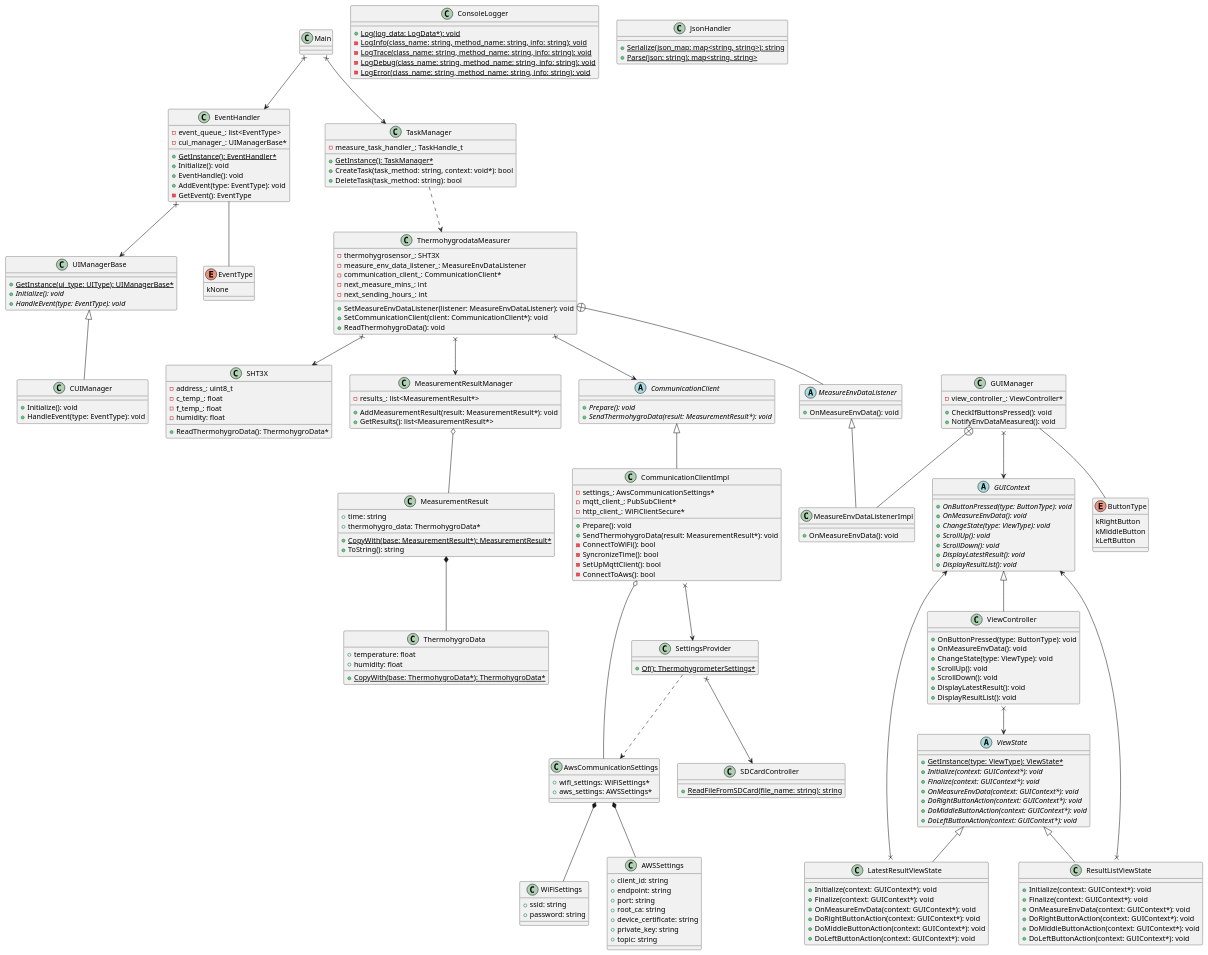
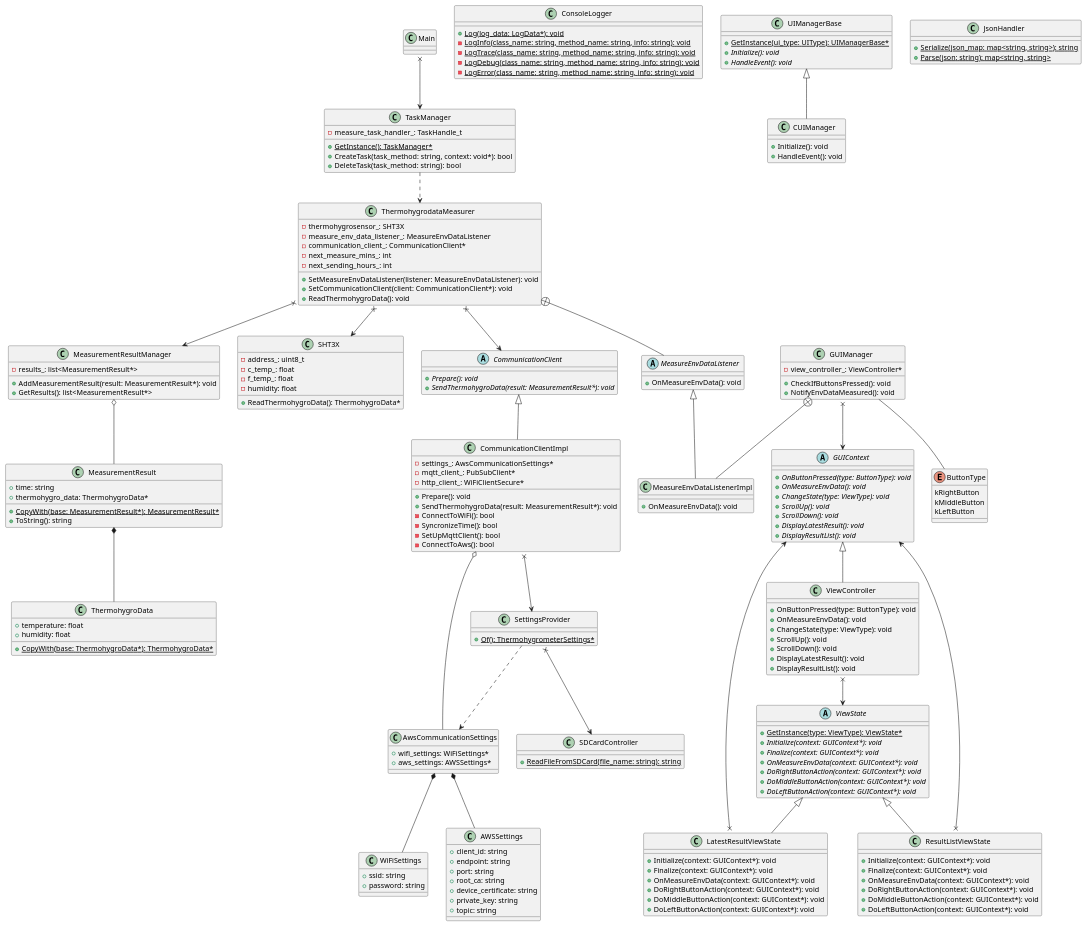
One commit to chukeblo/thermohygrometer changed the diagram in DesignDocs/M5StackThermohygrometer/class_diagram.pu. Above: the diagram before and after it, drawn with PlantUML.

Commit message:
delete event handler & event type

```diff
--- a/DesignDocs/M5StackThermohygrometer/class_diagram.pu
+++ b/DesignDocs/M5StackThermohygrometer/class_diagram.pu
@@ -1,25 +1,6 @@
 @startuml class diagram
 
-Main x--> EventHandler
 Main x--> TaskManager
-
-class EventHandler {
-    - event_queue_: list<EventType>
-    - cui_manager_: UIManagerBase*
-
-    + {static} GetInstance(): EventHandler*
-    + Initialize(): void
-    + EventHandle(): void
-    + AddEvent(type: EventType): void
-    - GetEvent(): EventType
-}
-
-enum EventType {
-    kNone
-}
-
-EventHandler -- EventType
-EventHandler x--> UIManagerBase
 
 abstract class CommunicationClient {
     + {abstract} Prepare(): void
@@ -88,14 +69,14 @@
 class UIManagerBase {
     + {static} GetInstance(ui_type: UIType): UIManagerBase*
     + {abstract} Initialize(): void
-    + {abstract} HandleEvent(type: EventType): void
+    + {abstract} HandleEvent(): void
 }
 
 UIManagerBase <|-- CUIManager
 
 class CUIManager {
     + Initialize(): void
-    + HandleEvent(type: EventType): void
+    + HandleEvent(): void
 }
 
 class GUIManager {
```
